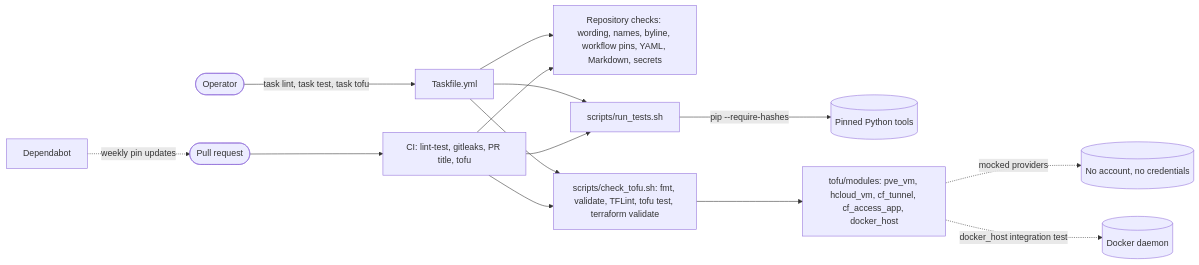
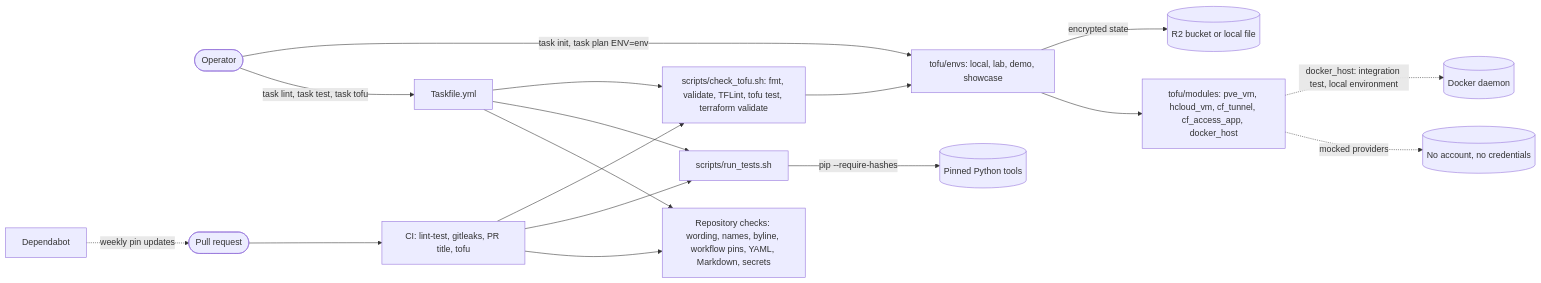
Before and after one commit to luminare-dev/infra-edge-lab: the diagram in README.md, drawn with Mermaid. The commit also changed other lines of this file and 59 other files, not shown here.

````diff
--- a/README.md
+++ b/README.md
@@ -58,16 +63,19 @@
 ```mermaid
 flowchart LR
     operator(["Operator"]) -->|"task lint, task test, task tofu"| taskfile["Taskfile.yml"]
     pr(["Pull request"]) --> ci["CI: lint-test, gitleaks, PR title, tofu"]
     deps["Dependabot"] -.->|"weekly pin updates"| pr
     taskfile --> checks["Repository checks: wording, names, byline, workflow pins, YAML, Markdown, secrets"]
     ci --> checks
     taskfile --> tests["scripts/run_tests.sh"]
     ci --> tests
     tests -->|"pip --require-hashes"| tools[("Pinned Python tools")]
     taskfile --> tofu["scripts/check_tofu.sh: fmt, validate, TFLint, tofu test, terraform validate"]
     ci --> tofu
-    tofu --> modules["tofu/modules: pve_vm, hcloud_vm, cf_tunnel, cf_access_app, docker_host"]
+    tofu --> envs["tofu/envs: local, lab, demo, showcase"]
+    operator -->|"task init, task plan ENV=env"| envs
+    envs --> modules["tofu/modules: pve_vm, hcloud_vm, cf_tunnel, cf_access_app, docker_host"]
+    envs -->|"encrypted state"| state[("R2 bucket or local file")]
     modules -.->|"mocked providers"| mocks[("No account, no credentials")]
-    modules -.->|"docker_host integration test"| docker[("Docker daemon")]
+    modules -.->|"docker_host: integration test, local environment"| docker[("Docker daemon")]
 ```
````
